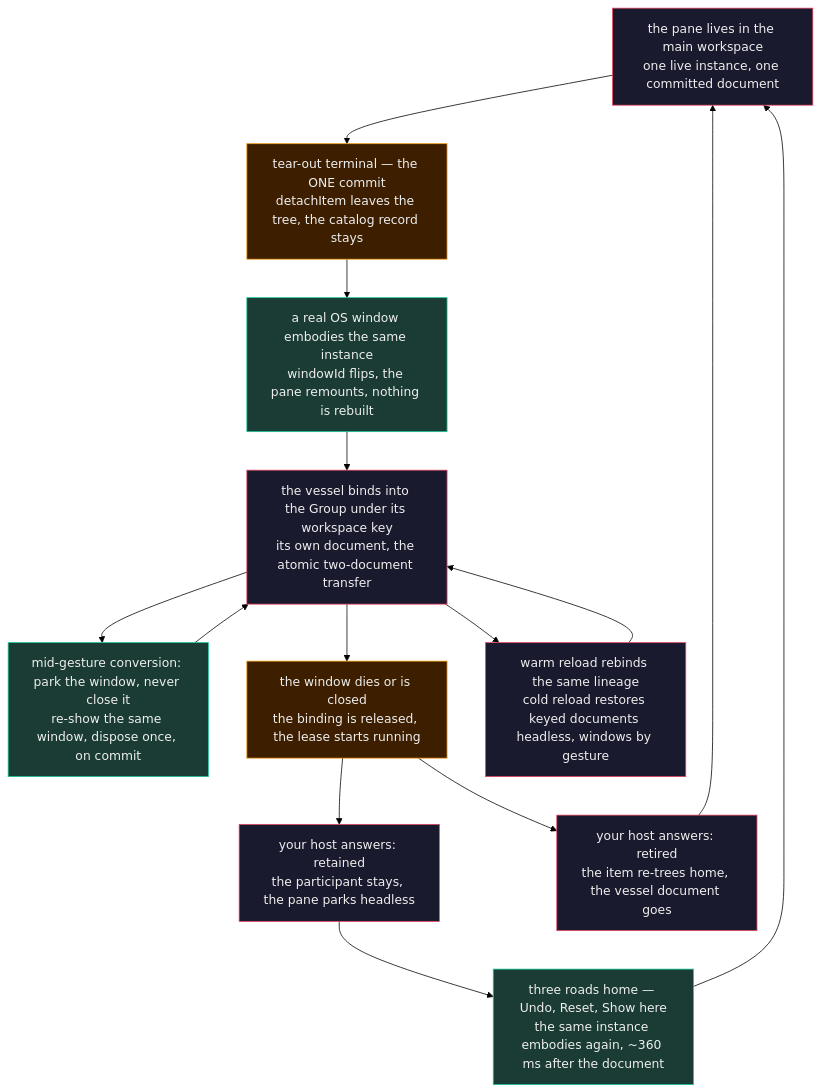
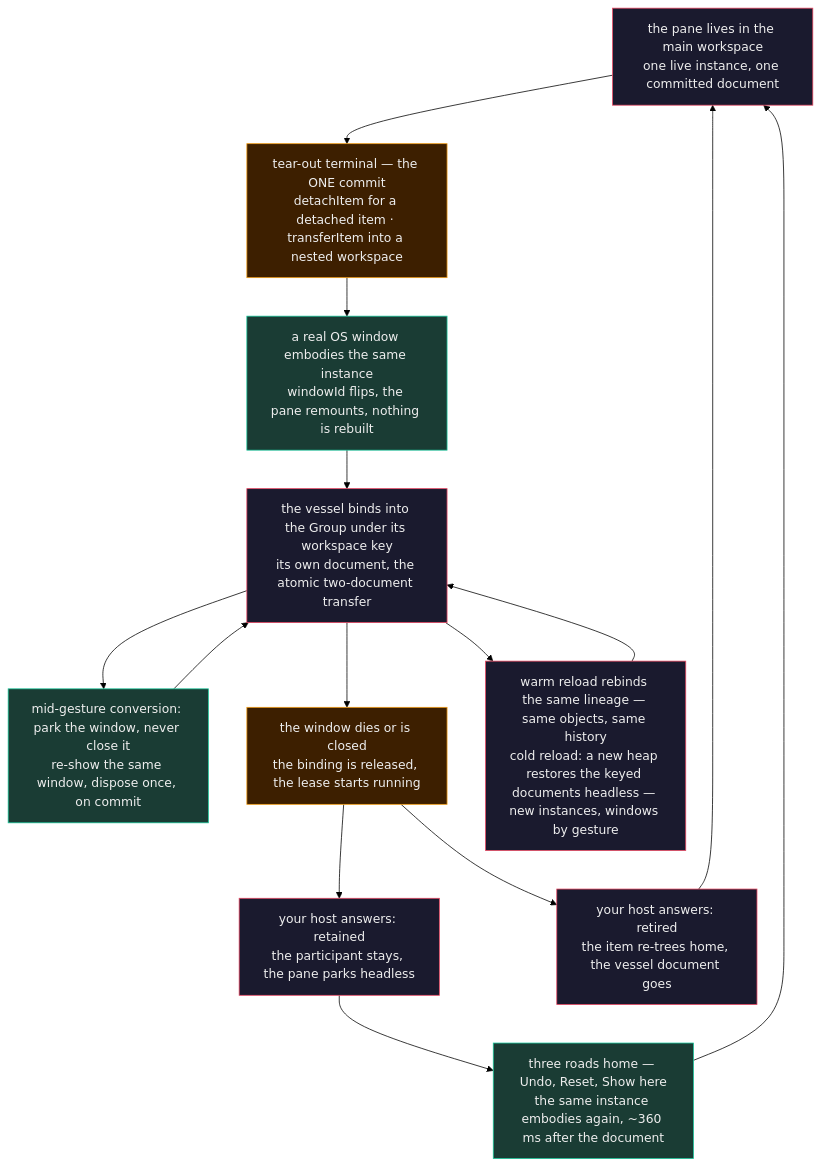
One commit to neomjs/neo changed the diagram in learn/guides/uibuildingblocks/DockLayoutsWindows.md. Above: the diagram before and after it, drawn with Mermaid (forest theme). The commit also changed other lines of this file, not shown here.

First line of the commit message:
docs(dock): the windows guide bounds each continuity guarantee to its owner's lifetime (#18035)

````diff
--- a/learn/guides/uibuildingblocks/DockLayoutsWindows.md
+++ b/learn/guides/uibuildingblocks/DockLayoutsWindows.md
@@ -68,31 +71,31 @@
 ```mermaid
 flowchart TD
     classDef truth fill:#1a1a2e,stroke:#e94560,stroke-width:1px,color:#eee
     classDef window fill:#1a3c34,stroke:#16c79a,stroke-width:1px,color:#eee
     classDef decision fill:#3d1f00,stroke:#f39c12,stroke-width:1px,color:#eee
 
     Home["the pane lives in the main workspace<br/>one live instance, one committed document"]:::truth
-    Terminal["tear-out terminal — the ONE commit<br/>detachItem leaves the tree, the catalog record stays"]:::decision
+    Terminal["tear-out terminal — the ONE commit<br/>detachItem for a detached item · transferItem into a nested workspace"]:::decision
     Vessel["a real OS window embodies the same instance<br/>windowId flips, the pane remounts, nothing is rebuilt"]:::window
     Participant["the vessel binds into the Group under its workspace key<br/>its own document, the atomic two-document transfer"]:::truth
     Park["mid-gesture conversion: park the window, never close it<br/>re-show the same window, dispose once, on commit"]:::window
     Release["the window dies or is closed<br/>the binding is released, the lease starts running"]:::decision
     Retain["your host answers: retained<br/>the participant stays, the pane parks headless"]:::truth
     Retire["your host answers: retired<br/>the item re-trees home, the vessel document goes"]:::truth
     Return["three roads home — Undo, Reset, Show here<br/>the same instance embodies again, ~360 ms after the document"]:::window
-    Reload["warm reload rebinds the same lineage<br/>cold reload restores keyed documents headless, windows by gesture"]:::truth
+    Reload["warm reload rebinds the same lineage — same objects, same history<br/>cold reload: a new heap restores the keyed documents headless — new instances, windows by gesture"]:::truth
 
     Home --> Terminal
     Terminal --> Vessel
     Vessel --> Participant
     Participant --> Park
     Park --> Participant
     Participant --> Release
     Release --> Retain
     Release --> Retire
     Retain --> Return
     Retire --> Home
     Return --> Home
     Participant --> Reload
     Reload --> Participant
 ```
````
